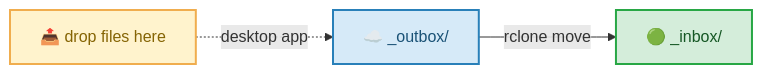
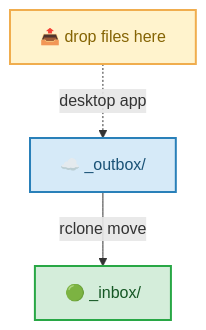
Before and after one commit to ashbrener/openclaw-workspace-sync: the second of 4 diagrams in README.md, drawn with Mermaid.

Commit message:
fix: make drain diagram vertical to match push diagram

````diff
--- a/README.md
+++ b/README.md
@@ -60,11 +60,11 @@
 ```mermaid
-flowchart LR
+flowchart TB
     OUTBOX_L["📤 drop files here"] -. "desktop app" .-> OUTBOX_C["☁️ _outbox/"] -- "rclone move" --> INBOX["🟢 _inbox/"]
 
     classDef gateway fill:#d4edda,stroke:#28a745,stroke-width:2px,color:#155724
     classDef exchange fill:#fff3cd,stroke:#f0ad4e,stroke-width:2px,color:#856404
     classDef cloud fill:#d6eaf8,stroke:#2980b9,stroke-width:2px,color:#1a5276
     class INBOX gateway
     class OUTBOX_C cloud
     class OUTBOX_L exchange
 ```
````
